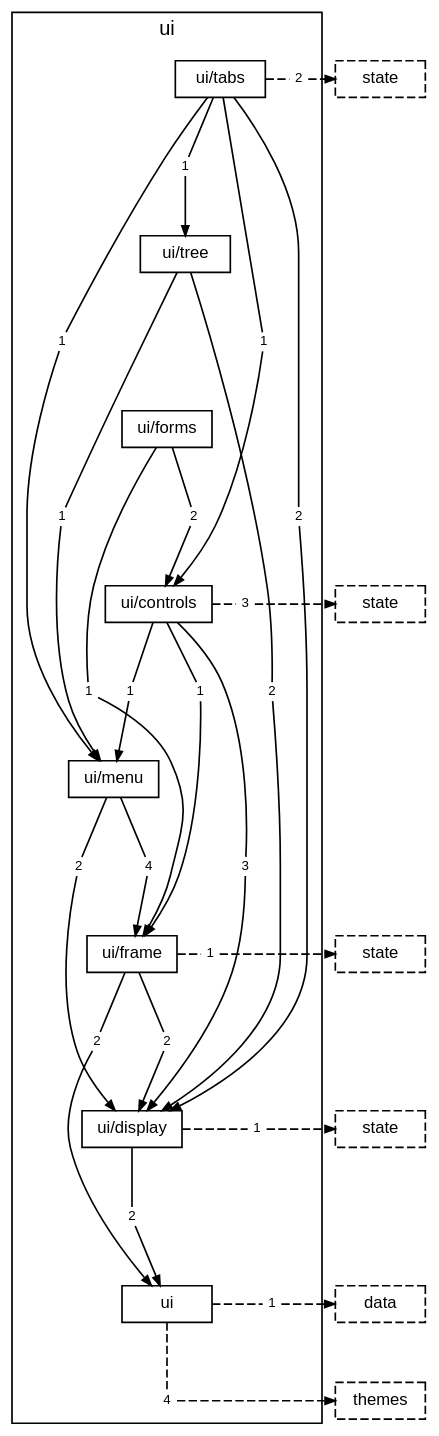
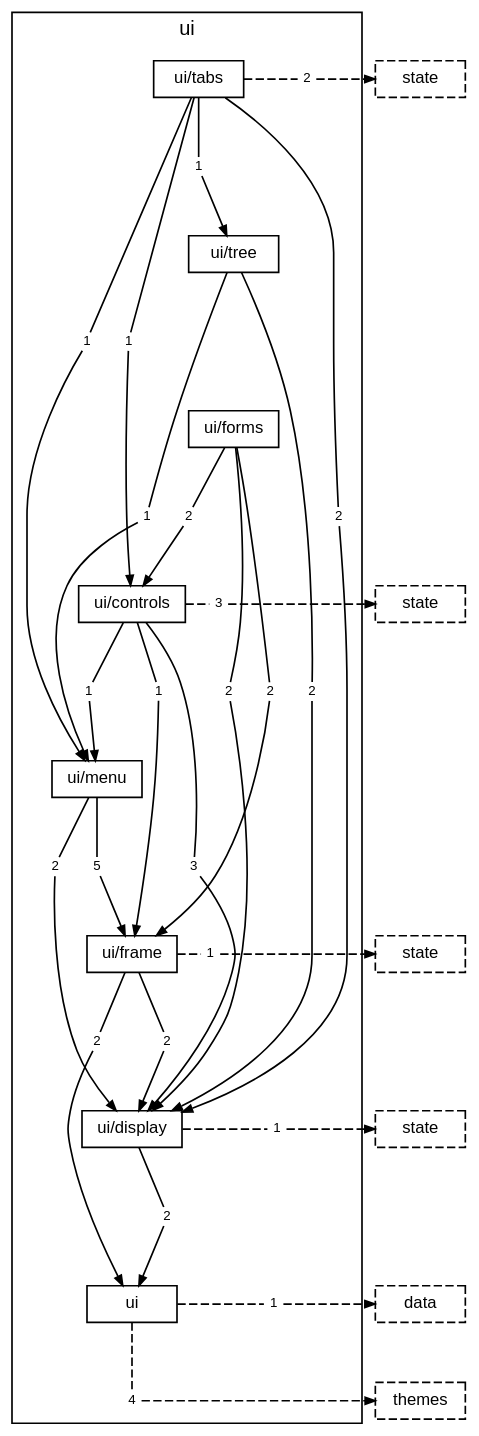
The diagram in docs/diagrams/layer-ui.dot (TheAxeC/oculus), drawn with Graphviz before and after one commit. The commit also changed 54 other files, not shown here.

```diff
--- a/docs/diagrams/layer-ui.dot
+++ b/docs/diagrams/layer-ui.dot
@@ -1,101 +1,104 @@
 digraph layer_ui {
     graph [bgcolor="transparent", rankdir=TB, newrank=true, fontname="Helvetica,Arial,sans-serif", fontsize=12, nodesep=0.2, ranksep=0.5];
     node [shape=box, color="black", fontcolor="black", fontname="Helvetica,Arial,sans-serif", fontsize=10, height=0.3, margin="0.12,0.04"];
     edge [color="black", fontcolor="black", fontname="Helvetica,Arial,sans-serif", fontsize=8, arrowsize=0.6];
     subgraph "cluster_ui" {
         label="ui"; style=solid;
         "folder ui/tabs" [label="ui/tabs"];
         "folder ui/tree" [label="ui/tree"];
         "folder ui/forms" [label="ui/forms"];
         "folder ui/controls" [label="ui/controls"];
         "folder ui/menu" [label="ui/menu"];
         "folder ui/frame" [label="ui/frame"];
         "folder ui/display" [label="ui/display"];
         "folder ui" [label="ui"];
         "folder ui/tabs to folder ui/controls" [label="1", shape=box, color="transparent", fontsize=8, width=0, height=0, margin="0.04,0.02"];
         "folder ui/tabs to folder ui/display" [label="2", shape=box, color="transparent", fontsize=8, width=0, height=0, margin="0.04,0.02"];
         "folder ui/tabs to folder ui/menu" [label="1", shape=box, color="transparent", fontsize=8, width=0, height=0, margin="0.04,0.02"];
         "folder ui/tabs to folder ui/tree" [label="1", shape=box, color="transparent", fontsize=8, width=0, height=0, margin="0.04,0.02"];
         "folder ui/tabs to layer state" [label="2", shape=box, color="transparent", fontsize=8, width=0, height=0, margin="0.04,0.02"];
         "folder ui/tree to folder ui/display" [label="2", shape=box, color="transparent", fontsize=8, width=0, height=0, margin="0.04,0.02"];
         "folder ui/tree to folder ui/menu" [label="1", shape=box, color="transparent", fontsize=8, width=0, height=0, margin="0.04,0.02"];
         "folder ui/forms to folder ui/controls" [label="2", shape=box, color="transparent", fontsize=8, width=0, height=0, margin="0.04,0.02"];
-        "folder ui/forms to folder ui/frame" [label="1", shape=box, color="transparent", fontsize=8, width=0, height=0, margin="0.04,0.02"];
+        "folder ui/forms to folder ui/display" [label="2", shape=box, color="transparent", fontsize=8, width=0, height=0, margin="0.04,0.02"];
+        "folder ui/forms to folder ui/frame" [label="2", shape=box, color="transparent", fontsize=8, width=0, height=0, margin="0.04,0.02"];
         "folder ui/controls to folder ui/display" [label="3", shape=box, color="transparent", fontsize=8, width=0, height=0, margin="0.04,0.02"];
         "folder ui/controls to folder ui/frame" [label="1", shape=box, color="transparent", fontsize=8, width=0, height=0, margin="0.04,0.02"];
         "folder ui/controls to folder ui/menu" [label="1", shape=box, color="transparent", fontsize=8, width=0, height=0, margin="0.04,0.02"];
         "folder ui/controls to layer state" [label="3", shape=box, color="transparent", fontsize=8, width=0, height=0, margin="0.04,0.02"];
         "folder ui/menu to folder ui/display" [label="2", shape=box, color="transparent", fontsize=8, width=0, height=0, margin="0.04,0.02"];
-        "folder ui/menu to folder ui/frame" [label="4", shape=box, color="transparent", fontsize=8, width=0, height=0, margin="0.04,0.02"];
+        "folder ui/menu to folder ui/frame" [label="5", shape=box, color="transparent", fontsize=8, width=0, height=0, margin="0.04,0.02"];
         "folder ui/frame to folder ui" [label="2", shape=box, color="transparent", fontsize=8, width=0, height=0, margin="0.04,0.02"];
         "folder ui/frame to folder ui/display" [label="2", shape=box, color="transparent", fontsize=8, width=0, height=0, margin="0.04,0.02"];
         "folder ui/frame to layer state" [label="1", shape=box, color="transparent", fontsize=8, width=0, height=0, margin="0.04,0.02"];
         "folder ui/display to folder ui" [label="2", shape=box, color="transparent", fontsize=8, width=0, height=0, margin="0.04,0.02"];
         "folder ui/display to layer state" [label="1", shape=box, color="transparent", fontsize=8, width=0, height=0, margin="0.04,0.02"];
         "folder ui to layer data" [label="1", shape=box, color="transparent", fontsize=8, width=0, height=0, margin="0.04,0.02"];
         "folder ui to layer themes" [label="4", shape=box, color="transparent", fontsize=8, width=0, height=0, margin="0.04,0.02"];
     }
     "layer state from folder ui/tabs" [label="state", style=dashed];
     "layer state from folder ui/controls" [label="state", style=dashed];
     "layer state from folder ui/frame" [label="state", style=dashed];
     "layer state from folder ui/display" [label="state", style=dashed];
     "layer data from folder ui" [label="data", style=dashed];
     "layer themes from folder ui" [label="themes", style=dashed];
     "folder ui/tabs" -> "folder ui/tree" [style=invis, weight=10, minlen=2];
     "folder ui/tree" -> "folder ui/forms" [style=invis, weight=10, minlen=2];
     "folder ui/forms" -> "folder ui/controls" [style=invis, weight=10, minlen=2];
     "folder ui/controls" -> "folder ui/menu" [style=invis, weight=10, minlen=2];
     "folder ui/menu" -> "folder ui/frame" [style=invis, weight=10, minlen=2];
     "folder ui/frame" -> "folder ui/display" [style=invis, weight=10, minlen=2];
     "folder ui/display" -> "folder ui" [style=invis, weight=10, minlen=2];
     "folder ui/tabs" -> "folder ui/tabs to folder ui/controls" [arrowhead=none, minlen=3, weight=10];
     "folder ui/tabs to folder ui/controls" -> "folder ui/controls" [];
     "folder ui/tabs" -> "folder ui/tabs to folder ui/display" [arrowhead=none, minlen=5, weight=10];
     "folder ui/tabs to folder ui/display" -> "folder ui/display" [];
     "folder ui/tabs" -> "folder ui/tabs to folder ui/menu" [arrowhead=none, minlen=3, weight=10];
     "folder ui/tabs to folder ui/menu" -> "folder ui/menu" [];
     "folder ui/tabs" -> "folder ui/tabs to folder ui/tree" [arrowhead=none, minlen=1, weight=10];
     "folder ui/tabs to folder ui/tree" -> "folder ui/tree" [];
     "folder ui/tabs" -> "folder ui/tabs to layer state" [arrowhead=none, style=dashed];
     "folder ui/tabs to layer state" -> "layer state from folder ui/tabs" [style=dashed];
     { rank=same; "folder ui/tabs"; "folder ui/tabs to layer state"; "layer state from folder ui/tabs"; }
     "folder ui/tree" -> "folder ui/tree to folder ui/display" [arrowhead=none, minlen=5, weight=10];
     "folder ui/tree to folder ui/display" -> "folder ui/display" [];
     "folder ui/tree" -> "folder ui/tree to folder ui/menu" [arrowhead=none, minlen=3, weight=10];
     "folder ui/tree to folder ui/menu" -> "folder ui/menu" [];
     "folder ui/forms" -> "folder ui/forms to folder ui/controls" [arrowhead=none, minlen=1, weight=10];
     "folder ui/forms to folder ui/controls" -> "folder ui/controls" [];
+    "folder ui/forms" -> "folder ui/forms to folder ui/display" [arrowhead=none, minlen=3, weight=10];
+    "folder ui/forms to folder ui/display" -> "folder ui/display" [];
     "folder ui/forms" -> "folder ui/forms to folder ui/frame" [arrowhead=none, minlen=3, weight=10];
     "folder ui/forms to folder ui/frame" -> "folder ui/frame" [];
     "folder ui/controls" -> "folder ui/controls to folder ui/display" [arrowhead=none, minlen=3, weight=10];
     "folder ui/controls to folder ui/display" -> "folder ui/display" [];
     "folder ui/controls" -> "folder ui/controls to folder ui/frame" [arrowhead=none, minlen=1, weight=10];
     "folder ui/controls to folder ui/frame" -> "folder ui/frame" [];
     "folder ui/controls" -> "folder ui/controls to folder ui/menu" [arrowhead=none, minlen=1, weight=10];
     "folder ui/controls to folder ui/menu" -> "folder ui/menu" [];
     "folder ui/controls" -> "folder ui/controls to layer state" [arrowhead=none, style=dashed];
     "folder ui/controls to layer state" -> "layer state from folder ui/controls" [style=dashed];
     { rank=same; "folder ui/controls"; "folder ui/controls to layer state"; "layer state from folder ui/controls"; }
     "folder ui/menu" -> "folder ui/menu to folder ui/display" [arrowhead=none, minlen=1, weight=10];
     "folder ui/menu to folder ui/display" -> "folder ui/display" [];
     "folder ui/menu" -> "folder ui/menu to folder ui/frame" [arrowhead=none, minlen=1, weight=10];
     "folder ui/menu to folder ui/frame" -> "folder ui/frame" [];
     "folder ui/frame" -> "folder ui/frame to folder ui" [arrowhead=none, minlen=1, weight=10];
     "folder ui/frame to folder ui" -> "folder ui" [];
     "folder ui/frame" -> "folder ui/frame to folder ui/display" [arrowhead=none, minlen=1, weight=10];
     "folder ui/frame to folder ui/display" -> "folder ui/display" [];
     "folder ui/frame" -> "folder ui/frame to layer state" [arrowhead=none, style=dashed];
     "folder ui/frame to layer state" -> "layer state from folder ui/frame" [style=dashed];
     { rank=same; "folder ui/frame"; "folder ui/frame to layer state"; "layer state from folder ui/frame"; }
     "folder ui/display" -> "folder ui/display to folder ui" [arrowhead=none, minlen=1, weight=10];
     "folder ui/display to folder ui" -> "folder ui" [];
     "folder ui/display" -> "folder ui/display to layer state" [arrowhead=none, style=dashed];
     "folder ui/display to layer state" -> "layer state from folder ui/display" [style=dashed];
     { rank=same; "folder ui/display"; "folder ui/display to layer state"; "layer state from folder ui/display"; }
     "folder ui" -> "folder ui to layer data" [arrowhead=none, style=dashed];
     "folder ui to layer data" -> "layer data from folder ui" [style=dashed];
     { rank=same; "folder ui"; "folder ui to layer data"; "layer data from folder ui"; }
     "folder ui" -> "folder ui to layer themes" [arrowhead=none, style=dashed, minlen=1, weight=10];
     "folder ui to layer themes" -> "layer themes from folder ui" [style=dashed];
     { rank=same; "folder ui to layer themes"; "layer themes from folder ui"; }
 }
```
